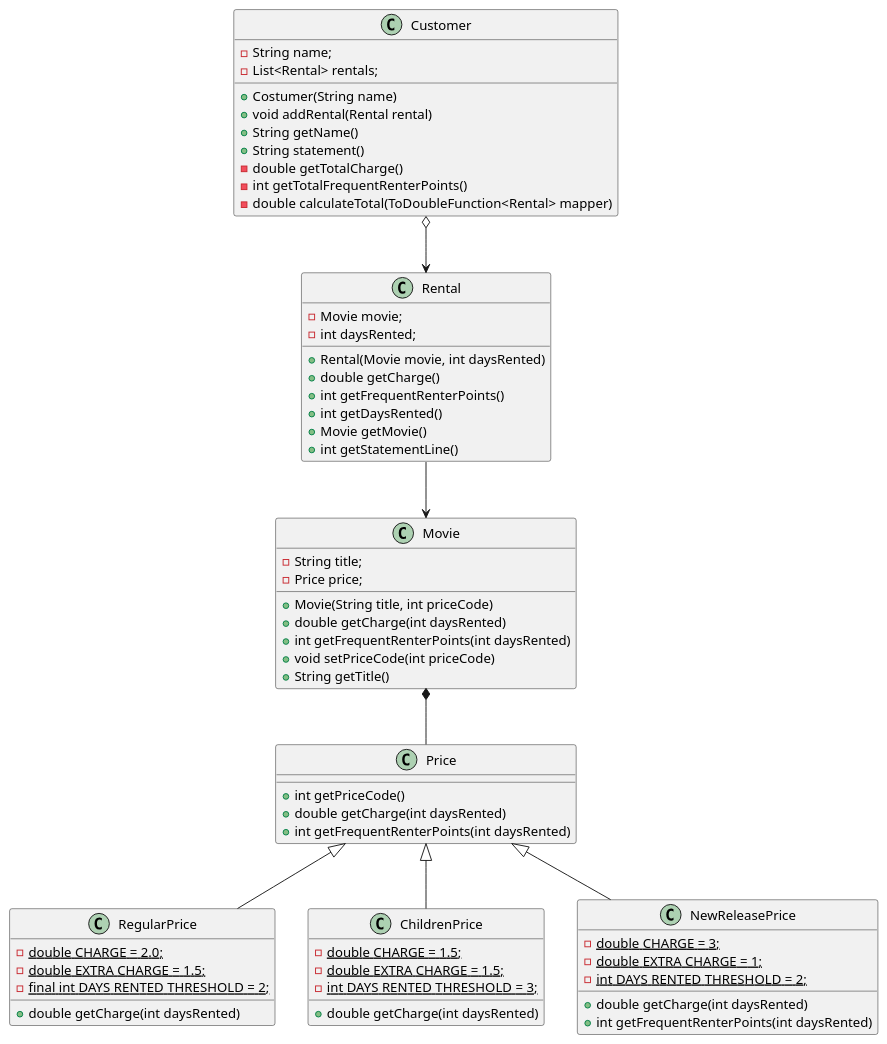
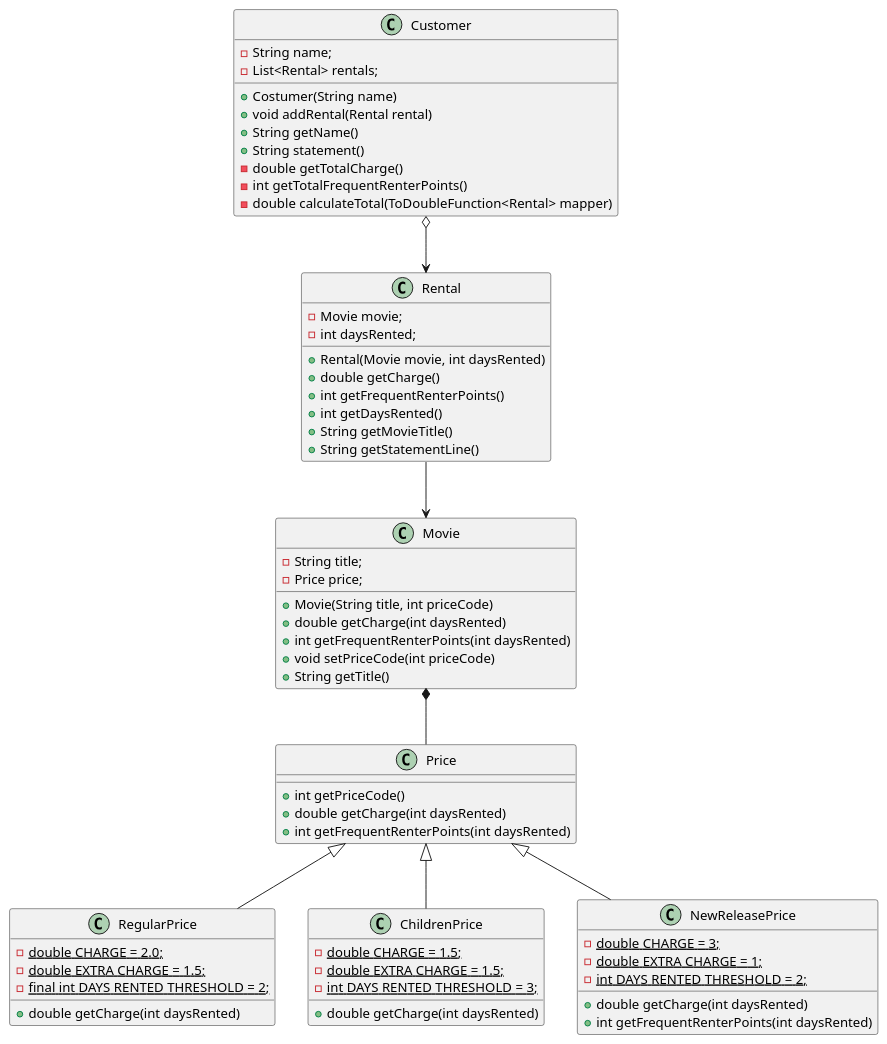
Before and after one commit to rafaelacirino/refactoring-upm: the diagram in docs/diagrams/src/movies22.plantuml, drawn with PlantUML. The commit also changed 2 other files, not shown here.

Commit message:
delete dependency of Movie in Customer

```diff
--- a/docs/diagrams/src/movies22.plantuml
+++ b/docs/diagrams/src/movies22.plantuml
@@ -1,71 +1,71 @@
 @startuml movies
 
 class Customer {
 - String name;
 - List<Rental> rentals;
 
 + Costumer(String name)
 + void addRental(Rental rental)
 + String getName()
 + String statement()
 - double getTotalCharge()
 - int getTotalFrequentRenterPoints()
 - double calculateTotal(ToDoubleFunction<Rental> mapper)
 }
 
 class Rental {
 - Movie movie;
 - int daysRented;
 
 + Rental(Movie movie, int daysRented)
 + double getCharge()
 + int getFrequentRenterPoints()
 + int getDaysRented()
-+ Movie getMovie()
-+ int getStatementLine()
++ String getMovieTitle()
++ String getStatementLine()
 }
 
 class Movie {
 - String title;
 - Price price;
 
 + Movie(String title, int priceCode)
 + double getCharge(int daysRented)
 + int getFrequentRenterPoints(int daysRented)
 + void setPriceCode(int priceCode)
 + String getTitle()
 }
 
 class Price {
 + int getPriceCode()
 + double getCharge(int daysRented)
 + int getFrequentRenterPoints(int daysRented)
 }
 class RegularPrice {
 {static}- double CHARGE = 2.0;
 {static}- double EXTRA CHARGE = 1.5;
 {static}- final int DAYS RENTED THRESHOLD = 2;
 + double getCharge(int daysRented)
 }
 class ChildrenPrice {
 {static}- double CHARGE = 1.5;
 {static}- double EXTRA CHARGE = 1.5;
 {static}- int DAYS RENTED THRESHOLD = 3;
 + double getCharge(int daysRented)
 }
 class NewReleasePrice {
 {static}- double CHARGE = 3;
 {static}- double EXTRA CHARGE = 1;
 {static}- int DAYS RENTED THRESHOLD = 2;
 + double getCharge(int daysRented)
 + int getFrequentRenterPoints(int daysRented)
 }
 
 Customer o-down-> Rental
 Rental -down-> Movie
 Movie *-down- Price
 Price <|-down- RegularPrice
 Price <|-down- ChildrenPrice
 Price <|-down- NewReleasePrice
 
 @enduml
```
